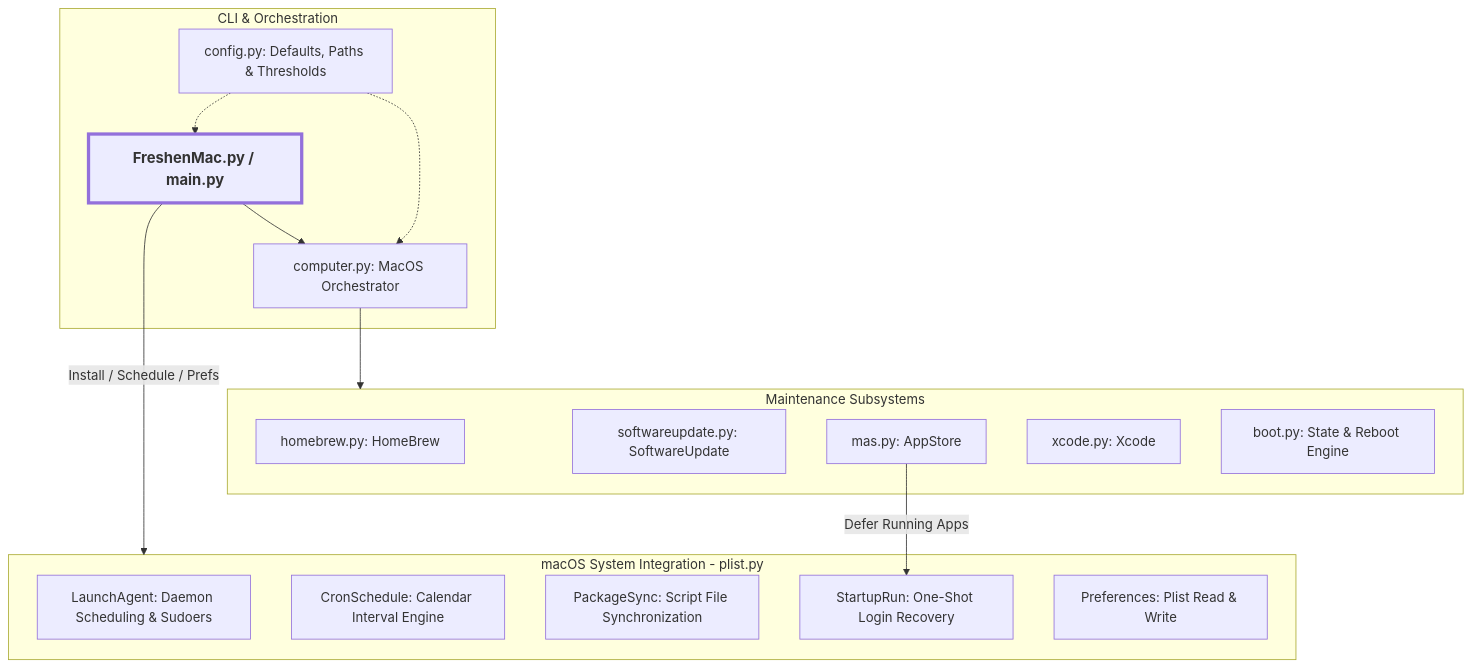
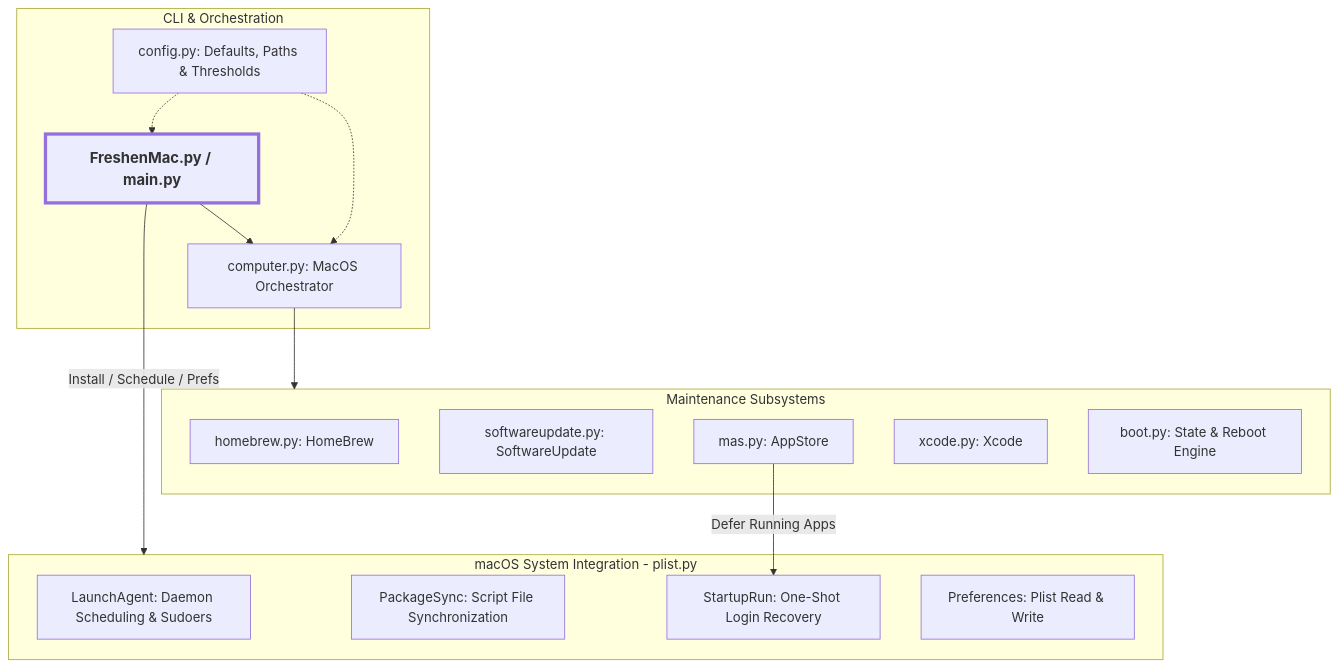
The diagram in README.md (Panther37/FreshenMac), drawn with Mermaid before and after one commit. The commit also changed other lines of this file and 7 other files, not shown here.

````diff
--- a/README.md
+++ b/README.md
@@ -201,32 +201,31 @@
 ```mermaid
 flowchart TD
     subgraph Core["CLI & Orchestration"]
         CLI["FreshenMac.py / main.py"]
         Host["computer.py: MacOS Orchestrator"]
         Config["config.py: Defaults, Paths & Thresholds"]
         CLI --> Host
         Config -.-> CLI
         Config -.-> Host
     end
 
     subgraph SystemInt["macOS System Integration - plist.py"]
         LaunchAgent["LaunchAgent: Daemon Scheduling & Sudoers"]
-        CronSched["CronSchedule: Calendar Interval Engine"]
         PkgSync["PackageSync: Script File Synchronization"]
         StartupRun["StartupRun: One-Shot Login Recovery"]
         Prefs["Preferences: Plist Read & Write"]
     end
 
     subgraph Engines["Maintenance Subsystems"]
         Brew["homebrew.py: HomeBrew"]
         SWU["softwareupdate.py: SoftwareUpdate"]
         MAS["mas.py: AppStore"]
         XC["xcode.py: Xcode"]
         Boot["boot.py: State & Reboot Engine"]
     end
 
     CLI -->|" Install / Schedule / Prefs "| SystemInt
     Host --> Engines
     MAS -->|" Defer Running Apps "| StartupRun
     style CLI font-weight: bold, font-size: 18px, stroke-width: 4px
 ```
````
